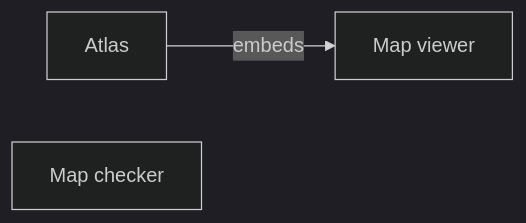
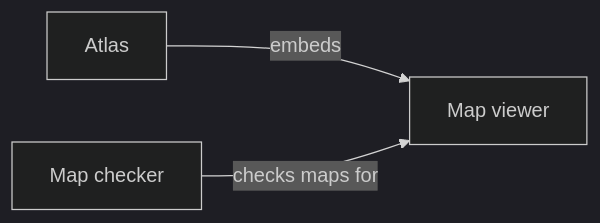
Before and after one commit to nvsravank/avagahana: the diagram in examples/maps/source-review.md, drawn with Mermaid (dark theme). The commit also changed 34 other files, not shown here.

````diff
--- a/examples/maps/source-review.md
+++ b/examples/maps/source-review.md
@@ -5,7 +5,8 @@
 ```mermaid
 flowchart LR
   atlas[Atlas]
   viewer[Map viewer]
   checker[Map checker]
   atlas embeds@-->|embeds| viewer
+  checker -->|checks maps for| viewer
 ```
````
